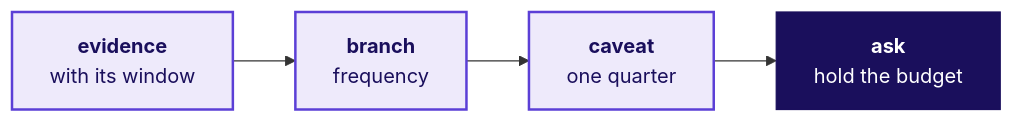
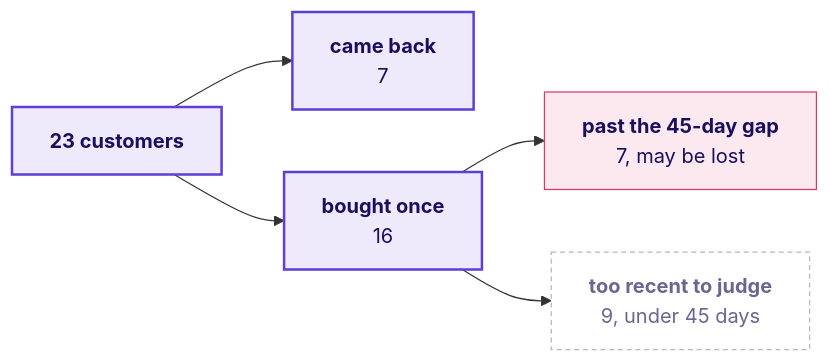
Before and after one commit to fde-academy-lab/c2-content-factory: diagram 13 of 20 in content/W01/D1/slides/C2_W01_D01_half2_STUDENT.md, drawn with Mermaid. The commit also changed other lines of this file and 22 other files, not shown here.

````diff
--- a/content/W01/D1/slides/C2_W01_D01_half2_STUDENT.md
+++ b/content/W01/D1/slides/C2_W01_D01_half2_STUDENT.md
@@ -344,8 +657,13 @@
 ```mermaid
 flowchart LR
-    A["<b>evidence</b><br/>with its window"] --> B["<b>branch</b><br/>frequency"] --> C["<b>caveat</b><br/>one quarter"] --> D["<b>ask</b><br/>hold the budget"]
+    T["<b>23 customers</b>"] --> B["<b>came back</b><br/>7"]
+    T --> O["<b>bought once</b><br/>16"]
+    O --> P["<b>past the 45-day gap</b><br/>7, may be lost"]
+    O --> R["<b>too recent to judge</b><br/>9, under 45 days"]
     classDef known fill:#EEEAFB,stroke:#5B3FD6,color:#1A0F5C,stroke-width:2px
-    classDef bet fill:#1A0F5C,stroke:#1A0F5C,color:#FFFFFF
-    class A,B,C known
-    class D bet
+    classDef unknown fill:#FFFFFF,stroke:#B8B2D6,color:#6B6690,stroke-dasharray:4 3
+    classDef bad fill:#FBE9EF,stroke:#D63A6A,color:#1A0F5C
+    class T,B,O known
+    class P bad
+    class R unknown
 ```
````
